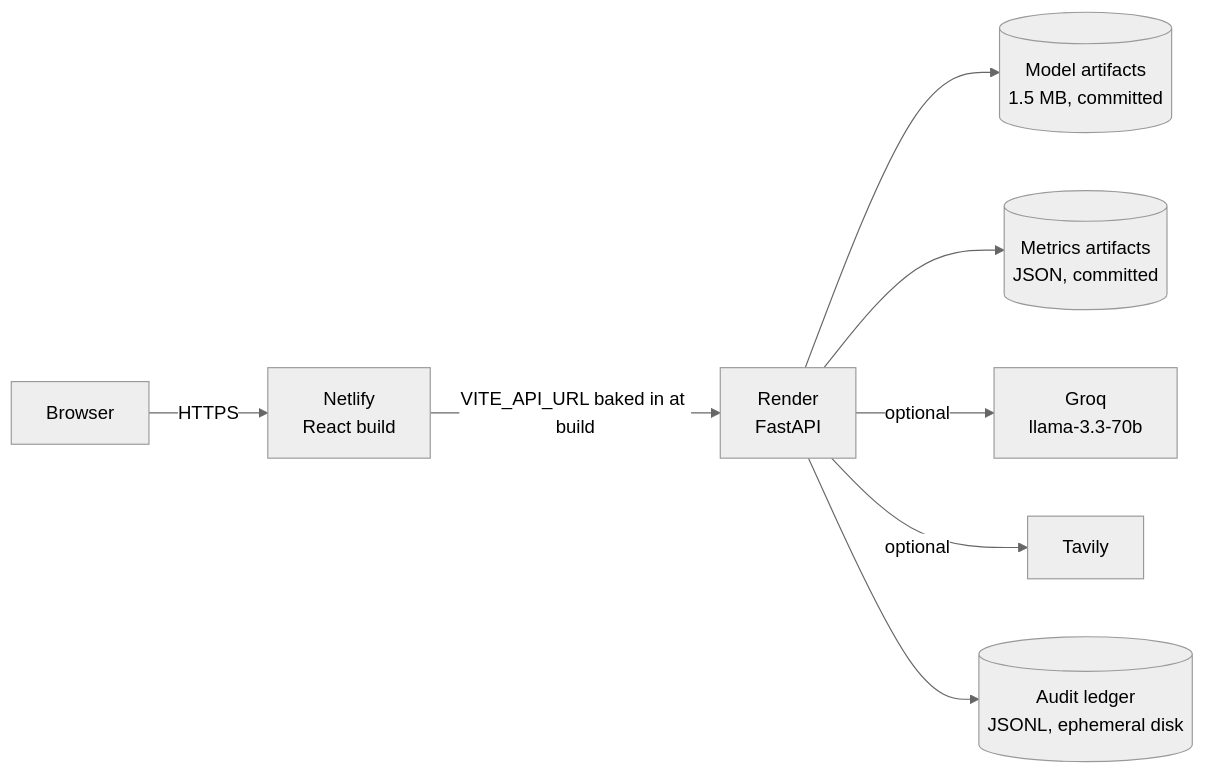
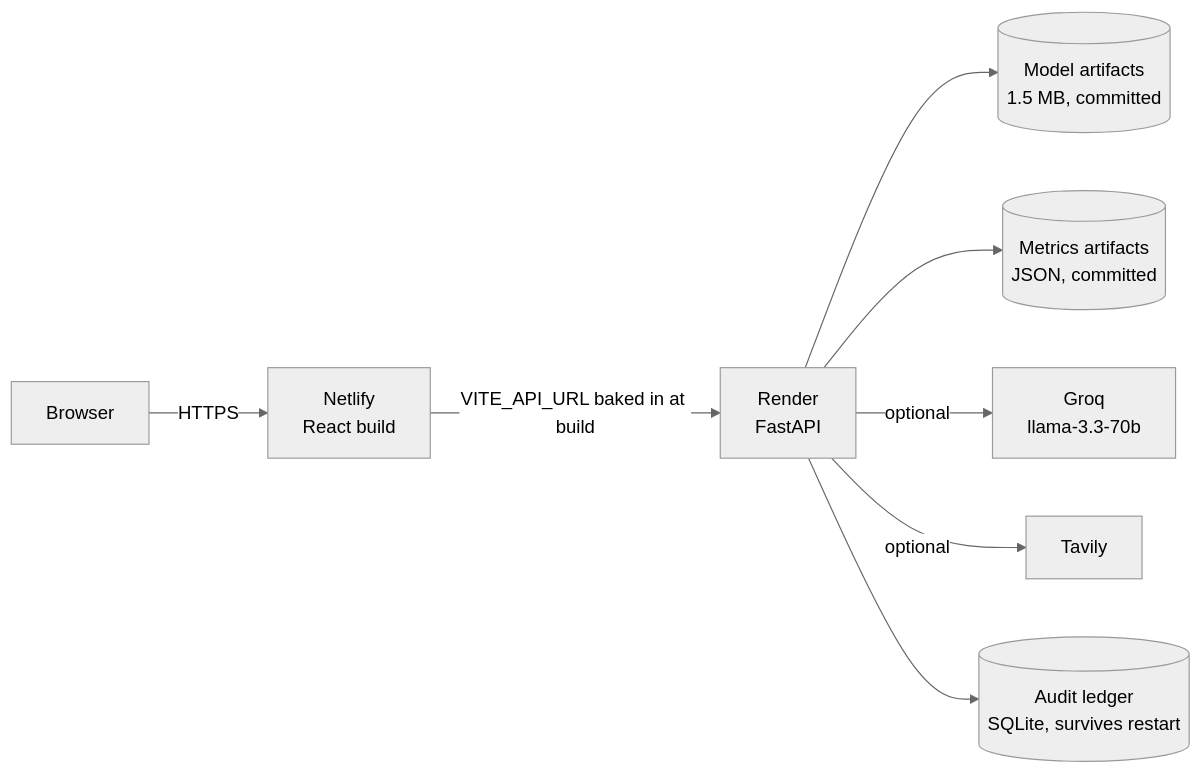
Before and after one commit to Shivansh0911/ET_AI: the fifth of 5 diagrams in ARCHITECTURE.md, drawn with Mermaid (neutral theme). The commit also changed other lines of this file and 6 other files, not shown here.

````diff
--- a/ARCHITECTURE.md
+++ b/ARCHITECTURE.md
@@ -139,10 +139,10 @@
 ```mermaid
 flowchart LR
     U["Browser"] -->|"HTTPS"| N["Netlify<br/>React build"]
     N -->|"VITE_API_URL baked in at build"| R["Render<br/>FastAPI"]
     R --> M[("Model artifacts<br/>1.5 MB, committed")]
     R --> J[("Metrics artifacts<br/>JSON, committed")]
     R -->|"optional"| G["Groq<br/>llama-3.3-70b"]
     R -->|"optional"| TV["Tavily"]
-    R --> L[("Audit ledger<br/>JSONL, ephemeral disk")]
+    R --> L[("Audit ledger<br/>SQLite, survives restart")]
 ```
````
